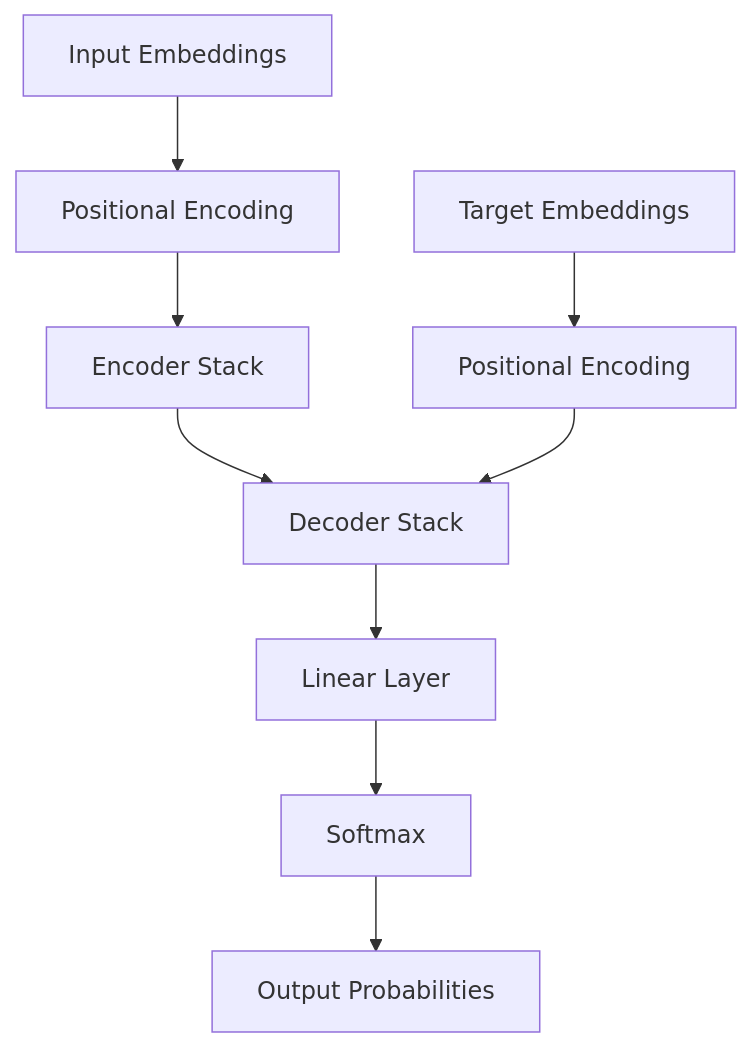
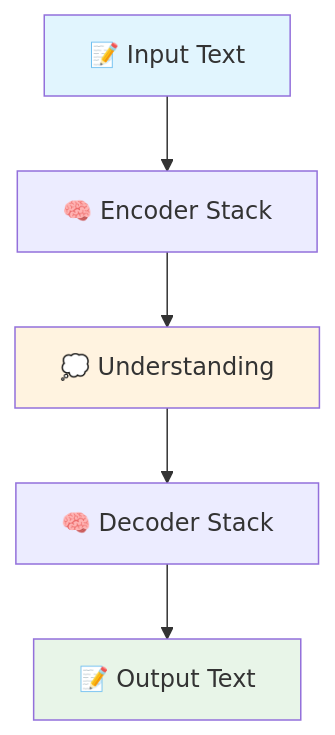
The third of 3 diagrams in docs/genai/transformers/architecture.md (nvgr-GenAI/my-learning), drawn with Mermaid before and after one commit. The commit also changed other lines of this file and 417 other files, not shown here.

````diff
--- a/docs/genai/transformers/architecture.md
+++ b/docs/genai/transformers/architecture.md
@@ -19,12 +79,11 @@
-```mermaid
-graph TB
-    A[Input Embeddings] --> B[Positional Encoding]
-    B --> C[Encoder Stack]
-    C --> D[Decoder Stack]
-    D --> E[Linear Layer]
-    E --> F[Softmax]
-    F --> G[Output Probabilities]
-    
-    H[Target Embeddings] --> I[Positional Encoding]
-    I --> D
-```
+    ```mermaid
+    graph TD
+        A["📝 Input Text"] --> B["🧠 Encoder Stack"]
+        B --> C["💭 Understanding"]
+        C --> D["🧠 Decoder Stack"]
+        D --> E["📝 Output Text"]
+        
+        style A fill:#e1f5fe
+        style E fill:#e8f5e8
+        style C fill:#fff3e0
+    ```
````
